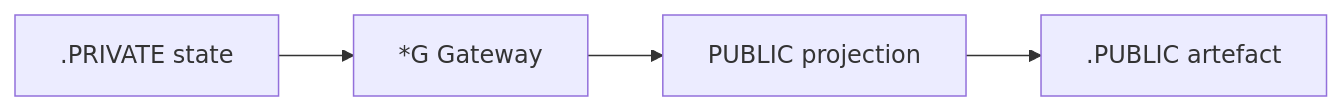
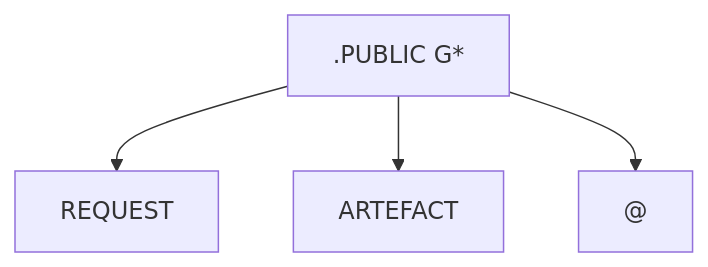
One commit to flipoyo/ComplexGitSync changed diagram 31 of 37 in @CGS.md. Above: the diagram before and after it, drawn with Mermaid. The commit also changed other lines of this file, not shown here.

````diff
--- a/@CGS.md
+++ b/@CGS.md
@@ -815,11 +886,12 @@
 ```mermaid
-flowchart LR
-    PRIVATE[".PRIVATE state"]
-    GW["*G Gateway"]
-    PROJECTION["PUBLIC projection"]
-    PUBLIC[".PUBLIC artefact"]
+flowchart TB
+    PUBLIC[".PUBLIC G*"]
 
-    PRIVATE --> GW
-    GW --> PROJECTION
-    PROJECTION --> PUBLIC
+    REQUEST["REQUEST"]
+    ARTEFACT["ARTEFACT"]
+    AT["@"]
+
+    PUBLIC --> REQUEST
+    PUBLIC --> ARTEFACT
+    PUBLIC --> AT
 ```
````
